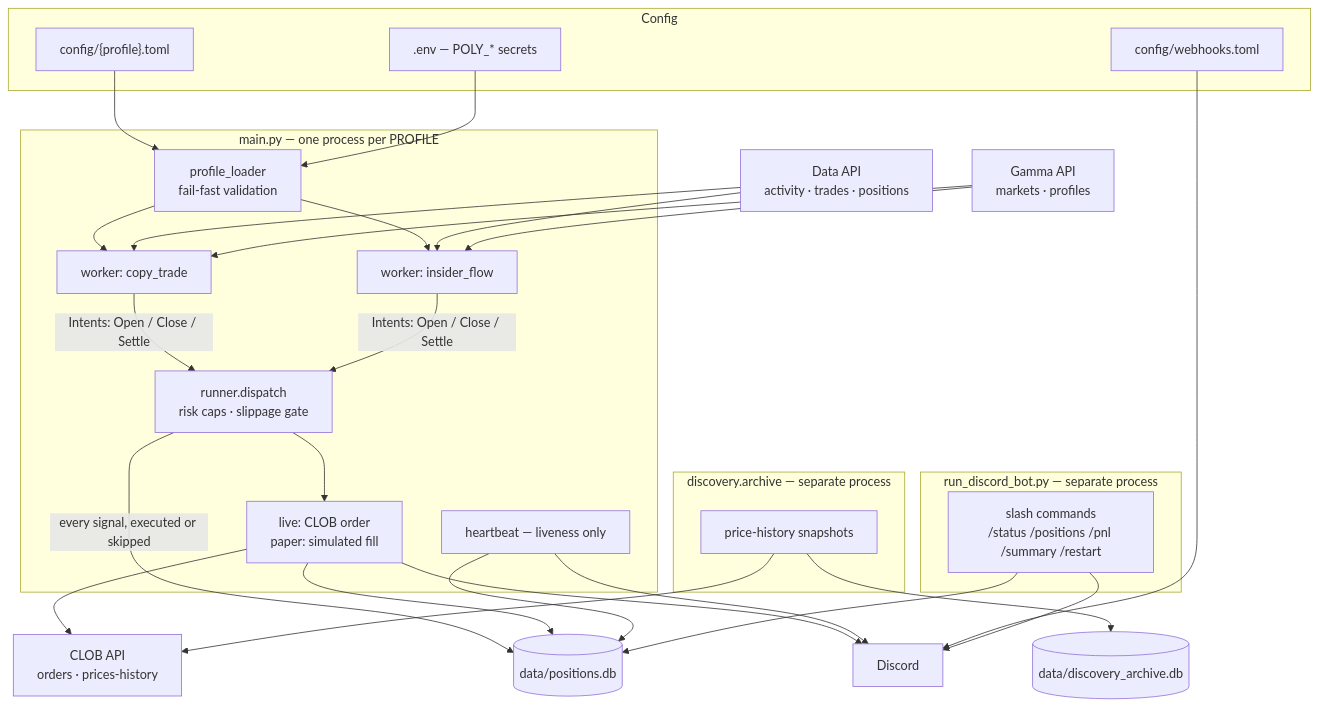
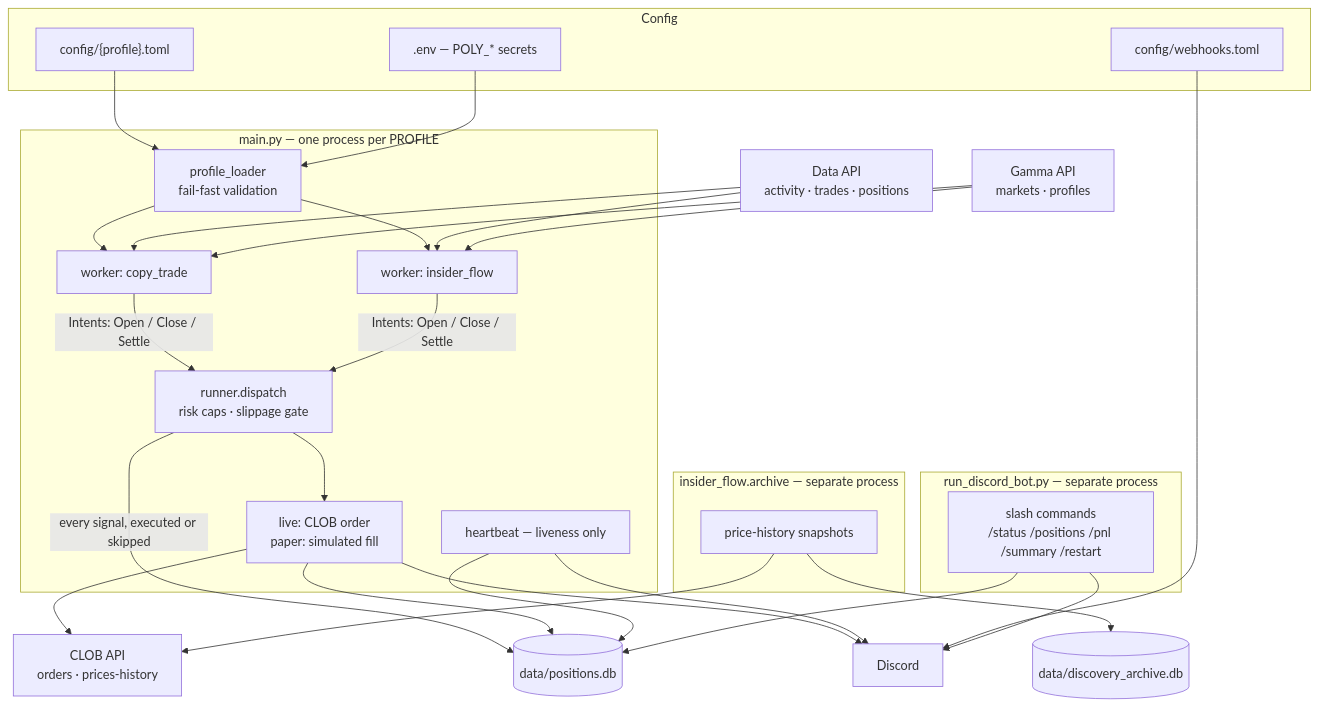
The diagram in README.md (Rampex1/Polymarket), drawn with Mermaid before and after one commit. The commit also changed other lines of this file and 9 other files, not shown here.

````diff
--- a/README.md
+++ b/README.md
@@ -14,60 +14,60 @@
 ```mermaid
 flowchart TB
     subgraph cfg["Config"]
         TOML["config/{profile}.toml"]
         WH["config/webhooks.toml"]
         ENV[".env — POLY_* secrets"]
     end
 
     subgraph trader["main.py — one process per PROFILE"]
         Loader["profile_loader<br/>fail-fast validation"]
         WA["worker: copy_trade"]
         WB["worker: insider_flow"]
         Runner["runner.dispatch<br/>risk caps · slippage gate"]
         Exec["live: CLOB order<br/>paper: simulated fill"]
         Sched["heartbeat — liveness only"]
     end
 
-    subgraph archiver["discovery.archive — separate process"]
+    subgraph archiver["insider_flow.archive — separate process"]
         Snap["price-history snapshots"]
     end
 
     subgraph dbot["run_discord_bot.py — separate process"]
         Slash["slash commands<br/>/status /positions /pnl /summary /restart"]
     end
 
     Data["Data API<br/>activity · trades · positions"]
     Gamma["Gamma API<br/>markets · profiles"]
     CLOB["CLOB API<br/>orders · prices-history"]
     PDB[("data/positions.db")]
     ADB[("data/discovery_archive.db")]
     Discord["Discord"]
 
     TOML --> Loader
     ENV --> Loader
     Loader --> WA
     Loader --> WB
 
     Data --> WA
     Data --> WB
     Gamma --> WA
     Gamma --> WB
 
     WA -- "Intents: Open / Close / Settle" --> Runner
     WB -- "Intents: Open / Close / Settle" --> Runner
     Runner --> Exec
     Runner -- "every signal, executed or skipped" --> PDB
     Exec --> CLOB
     Exec --> PDB
     Exec --> Discord
 
     Sched --> PDB
     Sched --> Discord
     WH --> Discord
 
     Snap --> CLOB
     Snap --> ADB
 
     Slash --> PDB
     Slash --> Discord
 ```
````
